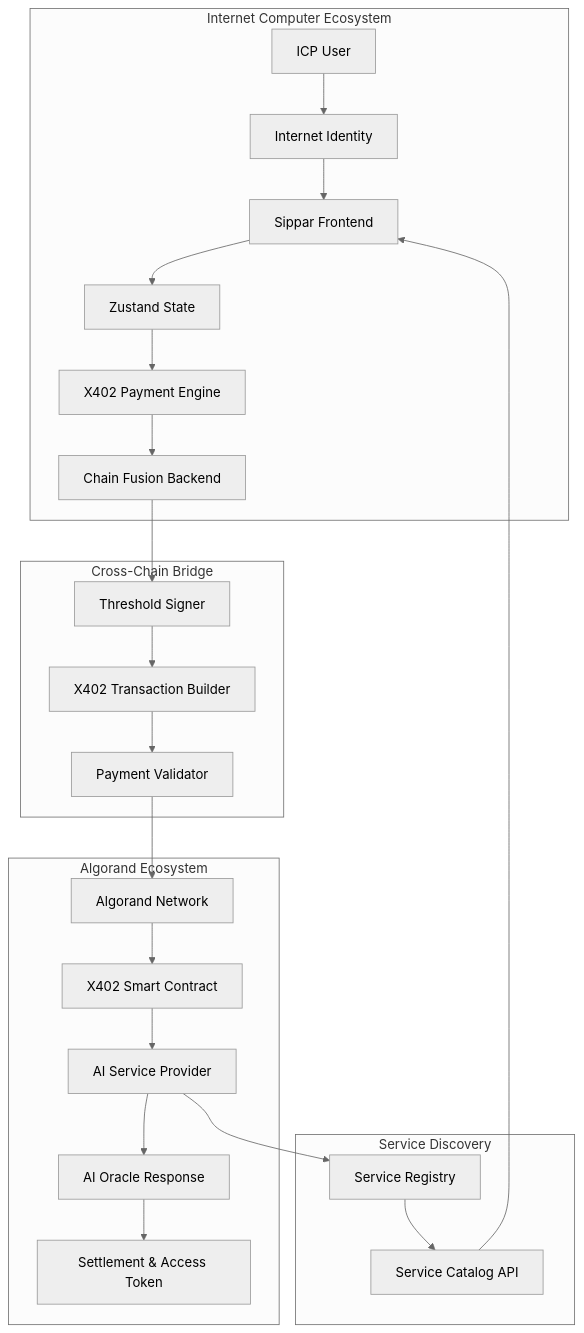
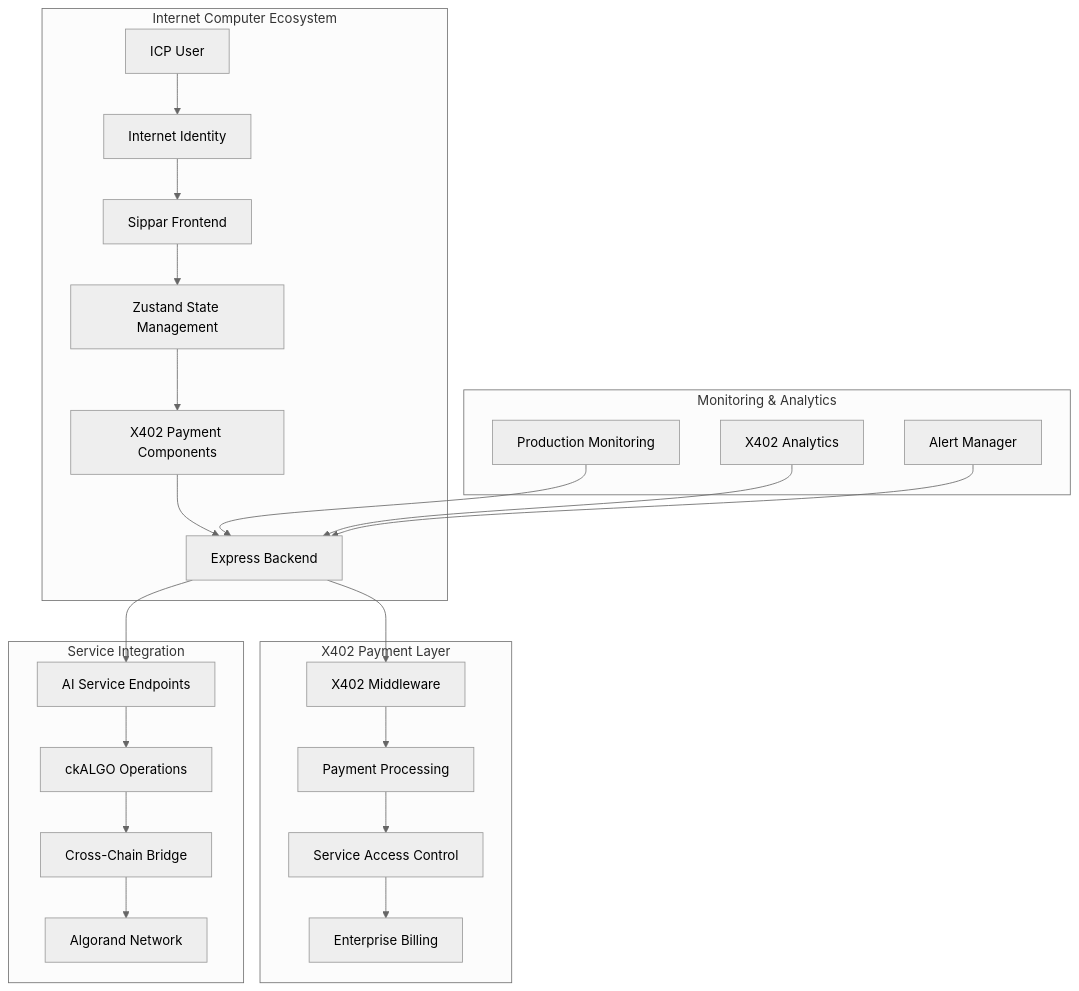
The first of 3 diagrams in working/sprint-016-x402/sprint-planning/technical-design.md (Nuru-AI/sippar), drawn with Mermaid (neutral theme) before and after one commit. The commit also changed other lines of this file and 30 other files, not shown here.

````diff
--- a/working/sprint-016-x402/sprint-planning/technical-design.md
+++ b/working/sprint-016-x402/sprint-planning/technical-design.md
@@ -14,30 +15,30 @@
 ```mermaid
 graph TB
     subgraph "Internet Computer Ecosystem"
         A[ICP User] --> B[Internet Identity]
         B --> C[Sippar Frontend]
-        C --> D[Zustand State]
-        D --> E[X402 Payment Engine]
-        E --> F[Chain Fusion Backend]
+        C --> D[Zustand State Management]
+        D --> E[X402 Payment Components]
+        E --> F[Express Backend]
     end
-    
-    subgraph "Cross-Chain Bridge"
-        F --> G[Threshold Signer]
-        G --> H[X402 Transaction Builder]
-        H --> I[Payment Validator]
+
+    subgraph "X402 Payment Layer"
+        F --> G[X402 Middleware]
+        G --> H[Payment Processing]
+        H --> I[Service Access Control]
+        I --> J[Enterprise Billing]
     end
-    
-    subgraph "Algorand Ecosystem"
-        I --> J[Algorand Network]
-        J --> K[X402 Smart Contract]
-        K --> L[AI Service Provider]
-        L --> M[AI Oracle Response]
-        M --> N[Settlement & Access Token]
+
+    subgraph "Service Integration"
+        F --> K[AI Service Endpoints]
+        K --> L[ckALGO Operations]
+        L --> M[Cross-Chain Bridge]
+        M --> N[Algorand Network]
     end
-    
-    subgraph "Service Discovery"
-        O[Service Registry] --> P[Service Catalog API]
-        P --> C
-        L --> O
+
+    subgraph "Monitoring & Analytics"
+        O[Production Monitoring] --> F
+        P[X402 Analytics] --> F
+        Q[Alert Manager] --> F
     end
 ```
````
